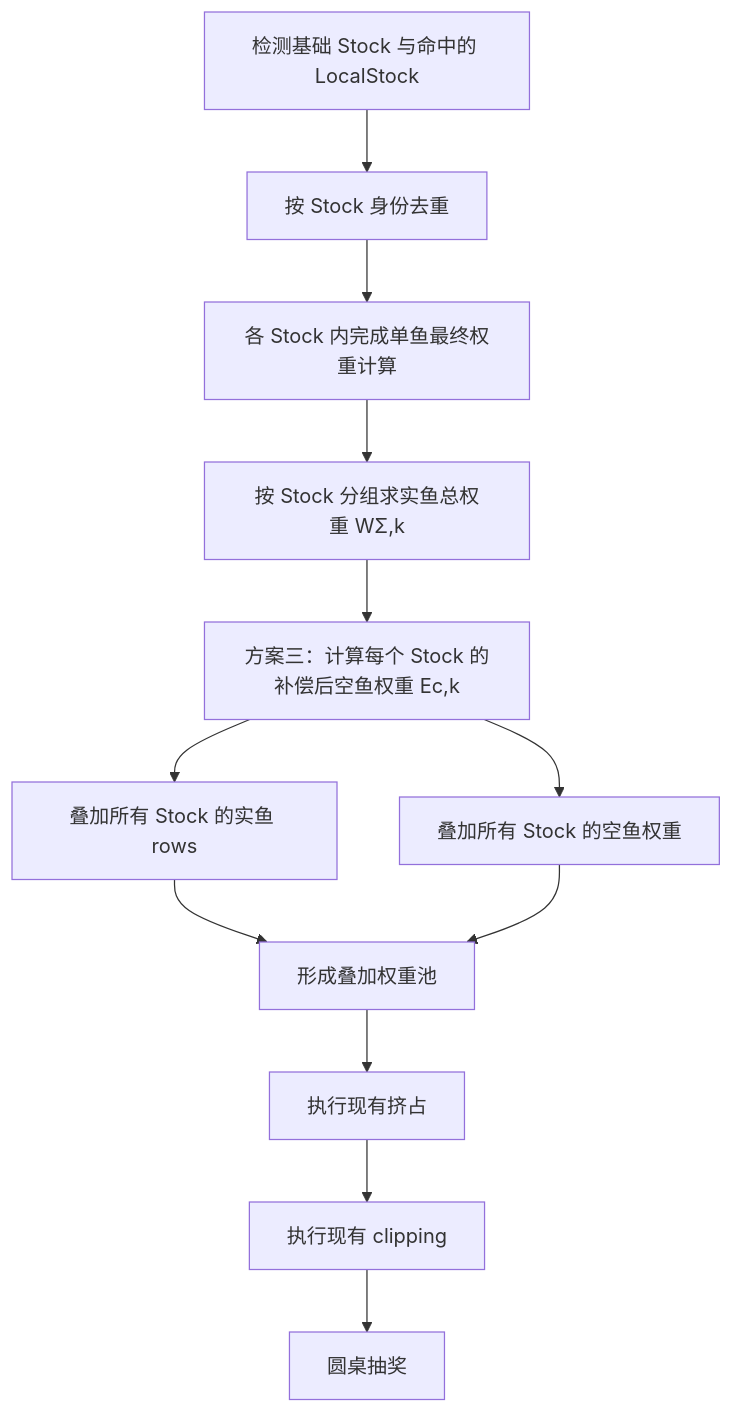
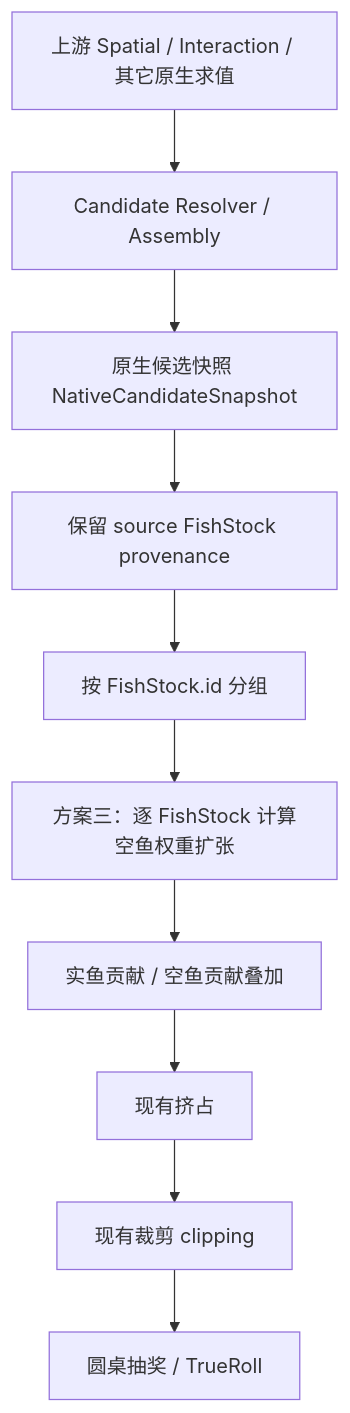
Before and after one commit to futouyiba/HitFish-Up: the first of 2 diagrams in docs/real-fish-weight-anchor-no-fish-expansion-dev-spec.md, drawn with Mermaid. The commit also changed other lines of this file, not shown here.

````diff
--- a/docs/real-fish-weight-anchor-no-fish-expansion-dev-spec.md
+++ b/docs/real-fish-weight-anchor-no-fish-expansion-dev-spec.md
@@ -133,14 +195,12 @@
 ```mermaid
 flowchart TD
-    A[检测基础 Stock 与命中的 LocalStock] --> B[按 Stock 身份去重]
-    B --> C[各 Stock 内完成单鱼最终权重计算]
-    C --> D[按 Stock 分组求实鱼总权重 WΣ,k]
-    D --> E[方案三：计算每个 Stock 的补偿后空鱼权重 Ec,k]
-    E --> F[叠加所有 Stock 的实鱼 rows]
-    E --> G[叠加所有 Stock 的空鱼权重]
-    F --> H[形成叠加权重池]
-    G --> H
-    H --> I[执行现有挤占]
-    I --> J[执行现有 clipping]
-    J --> K[圆桌抽奖]
+    A[上游 Spatial / Interaction / 其它原生求值] --> B[Candidate Resolver / Assembly]
+    B --> C[原生候选快照 NativeCandidateSnapshot]
+    C --> D[保留 source FishStock provenance]
+    D --> E[按 FishStock.id 分组]
+    E --> F[方案三：逐 FishStock 计算空鱼权重扩张]
+    F --> G[实鱼贡献 / 空鱼贡献叠加]
+    G --> H[现有挤占]
+    H --> I[现有裁剪 clipping]
+    I --> J[圆桌抽奖 / TrueRoll]
 ```
````
